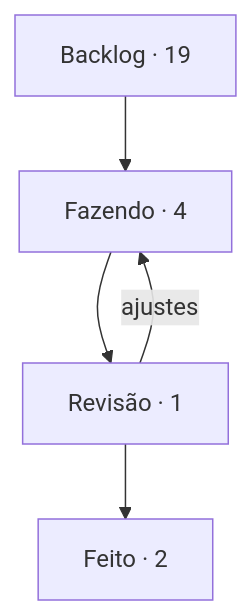
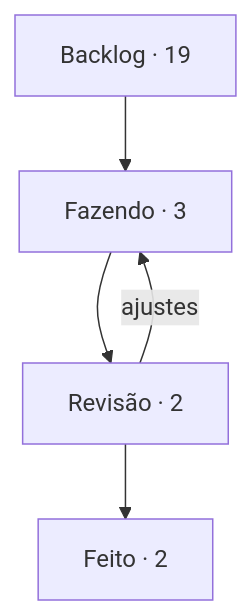
The diagram in boards/dungeon-bend/BOARD.md (StudioVibi/VibiKanban), drawn with Mermaid before and after one commit. The commit also changed other lines of this file and 1 other file, not shown here.

Commit message:
board: DB-12 Fazendo → Revisão (@Leon-nis)

````diff
--- a/boards/dungeon-bend/BOARD.md
+++ b/boards/dungeon-bend/BOARD.md
@@ -5,10 +5,10 @@
 ```mermaid
 flowchart TD
-  backlog["Backlog · 19"] --> doing["Fazendo · 4"]
-  doing --> review["Revisão · 1"]
+  backlog["Backlog · 19"] --> doing["Fazendo · 3"]
+  doing --> review["Revisão · 2"]
   review --> done["Feito · 2"]
   review -->|ajustes| doing
   doing:::blue
   review:::yellow
   done:::green
 ```
````
